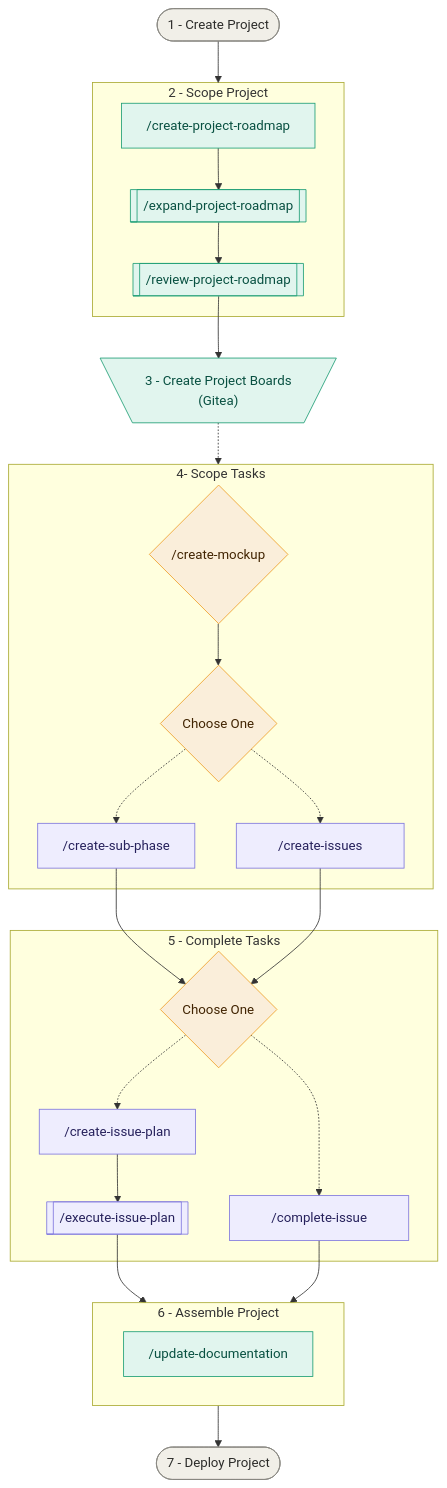
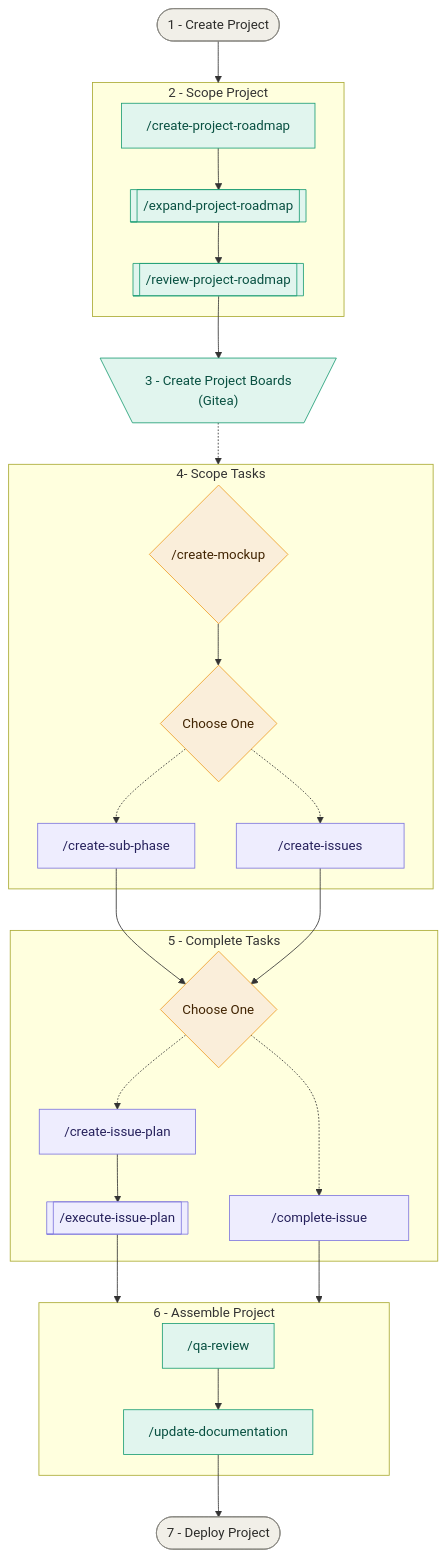
One commit to kheise-91/job-tracker changed the diagram in docs/workflows/project-development.md. Above: the diagram before and after it, drawn with Mermaid. The commit also changed other lines of this file and 4 other files, not shown here.

Commit message:
Updating documentation to include new code-reviewer agent and changes to qa review process.

````diff
--- a/docs/workflows/project-development.md
+++ b/docs/workflows/project-development.md
@@ -62,59 +63,60 @@
 ```mermaid
 flowchart TD
     Start([1 - Create Project])
     End([7 - Deploy Project])
 
     subgraph SCOPE_PROJECT["2 - Scope Project"]
         S1["/create-project-roadmap"]
         S2@{ shape: subproc, label: "/expand-project-roadmap" }
         S3@{ shape: subproc, label: "/review-project-roadmap" }
     end
 
     G1@{ shape: trap-t, label: "3 - Create Project Boards <br> (Gitea)"}
 
     subgraph SCOPE_TASKS["4-  Scope Tasks"]
         C1{"/create-mockup"}
         C2{"Choose One"}
         TC1@{ shape: proc, label: "/create-sub-phase" }
         TC2@{ shape: proc, label: " &emsp; /create-issues &emsp; " }
     end
 
     subgraph DEVELOPMENT["5 - Complete Tasks"]
         C3{"Choose One"}
         D1@{ shape: proc, label: "/create-issue-plan" }
         D2@{ shape: subproc, label: "/execute-issue-plan" }
         D3@{ shape: proc, label: " &emsp; /complete-issue &emsp; " }
     end
 
-    subgraph DOCUMENTATION["6 - Assemble Project"]
+    subgraph ASSEMBLE["6 - Assemble Project"]
+        QA["/qa-review"]
         DOC["/update-documentation"]
     end
 
     Start --> SCOPE_PROJECT
     S1 --> S2
     S2 --> S3
     S3 --> G1
     G1 -.-> SCOPE_TASKS
     C1 --> C2
     C2 -.-> TC1
     C2 -.-> TC2
     TC1 --> C3
     TC2 --> C3
     C3 -.-> D1
     C3 -.-> D3
     D1 --> D2
-    D2 --> DOCUMENTATION
-    D3 --> DOCUMENTATION
-
-    DOCUMENTATION --> End
+    D2 --> ASSEMBLE
+    D3 --> ASSEMBLE
+    QA --> DOC
+    DOC --> End
 
     classDef sequential fill:#E1F5EE,stroke:#1D9E75,color:#085041
     classDef choice fill:#EEEDFE,stroke:#7F77DD,color:#26215C
     classDef decision fill:#FAEEDA,stroke:#EF9F27,color:#412402
     classDef terminal fill:#F1EFE8,stroke:#888780,color:#2C2C2A
 
-    class S1,S2,S3,G1,DOC sequential
+    class S1,S2,S3,G1,QA,DOC sequential
     class TC1,TC2,D1,D2,D3 choice
     class C1,C2,C3 decision
     class Start,End terminal
 ```
````
